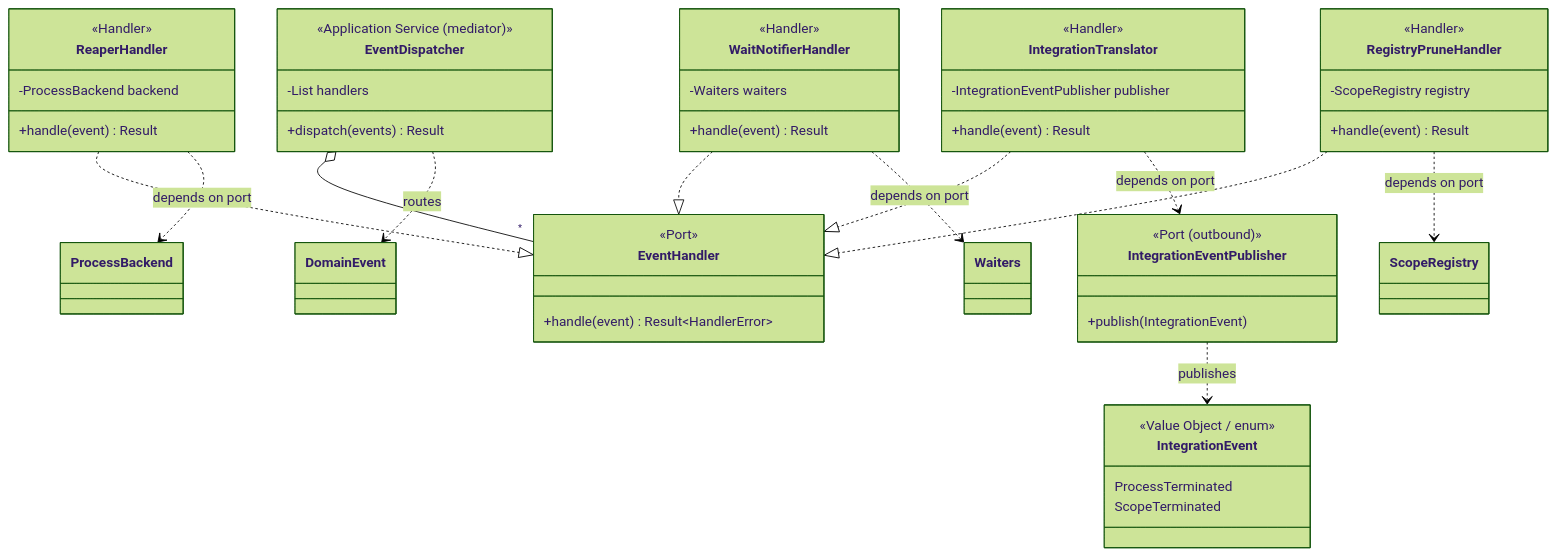
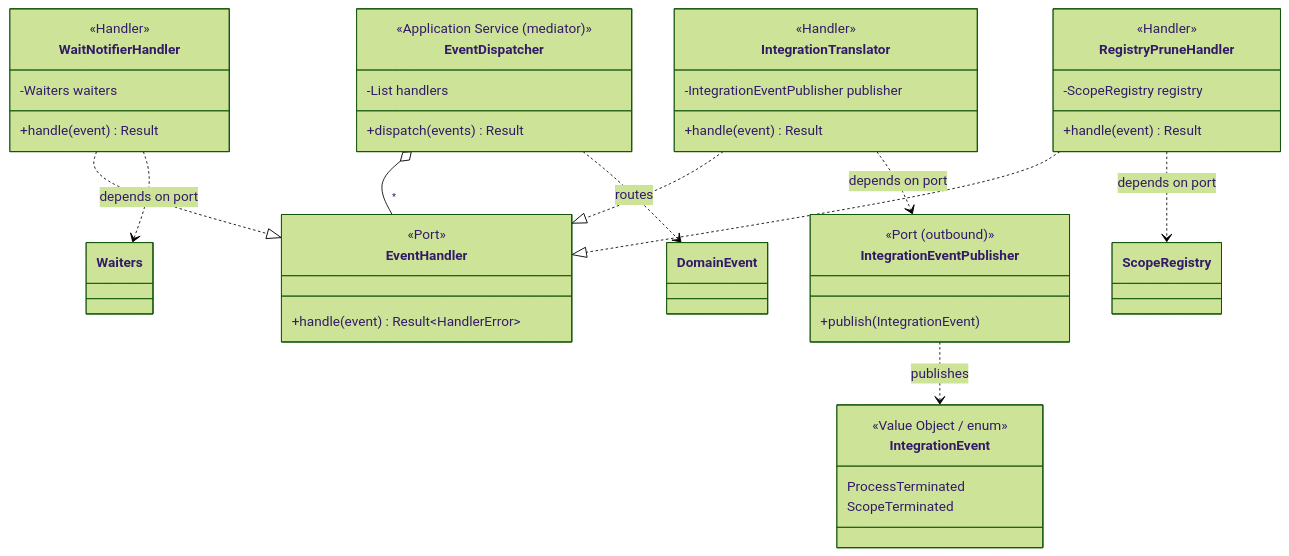
One commit to nessalabs/shepherd changed the seventh of 8 diagrams in docs/DIAGRAMS.md. Above: the diagram before and after it, drawn with Mermaid (forest theme). The commit also changed other lines of this file and 60 other files, not shown here.

First line of the commit message:
Implement Shepherd: DDD process-supervision workspace (Phase 0–1 + Unix backend) (#3)

````diff
--- a/docs/DIAGRAMS.md
+++ b/docs/DIAGRAMS.md
@@ -339,53 +339,46 @@
 ```mermaid
 classDiagram
     class EventDispatcher {
         <<Application Service (mediator)>>
         -List handlers
         +dispatch(events) Result
     }
     class EventHandler {
         <<Port>>
         +handle(event) Result~HandlerError~
-    }
-    class ReaperHandler {
-        <<Handler>>
-        -ProcessBackend backend
-        +handle(event) Result
     }
     class WaitNotifierHandler {
         <<Handler>>
         -Waiters waiters
         +handle(event) Result
     }
     class RegistryPruneHandler {
         <<Handler>>
         -ScopeRegistry registry
         +handle(event) Result
     }
     class IntegrationTranslator {
         <<Handler>>
         -IntegrationEventPublisher publisher
         +handle(event) Result
     }
     class IntegrationEventPublisher {
         <<Port (outbound)>>
         +publish(IntegrationEvent)
     }
     class IntegrationEvent {
         <<Value Object / enum>>
         ProcessTerminated
         ScopeTerminated
     }
 
     EventDispatcher o-- "*" EventHandler
-    ReaperHandler ..|> EventHandler
     WaitNotifierHandler ..|> EventHandler
     RegistryPruneHandler ..|> EventHandler
     IntegrationTranslator ..|> EventHandler
-    ReaperHandler ..> ProcessBackend : depends on port
     WaitNotifierHandler ..> Waiters : depends on port
     RegistryPruneHandler ..> ScopeRegistry : depends on port
     IntegrationTranslator ..> IntegrationEventPublisher : depends on port
     IntegrationEventPublisher ..> IntegrationEvent : publishes
     EventDispatcher ..> DomainEvent : routes
 ```
````
